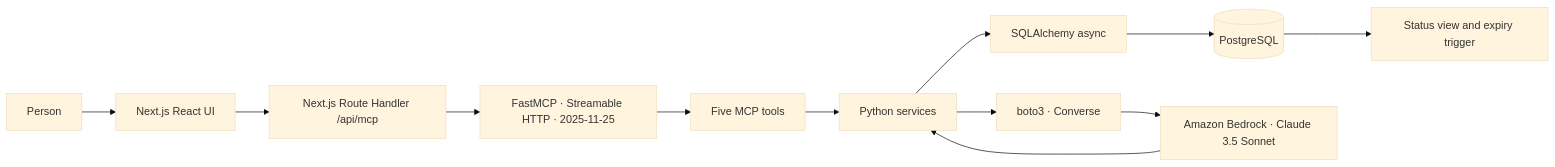
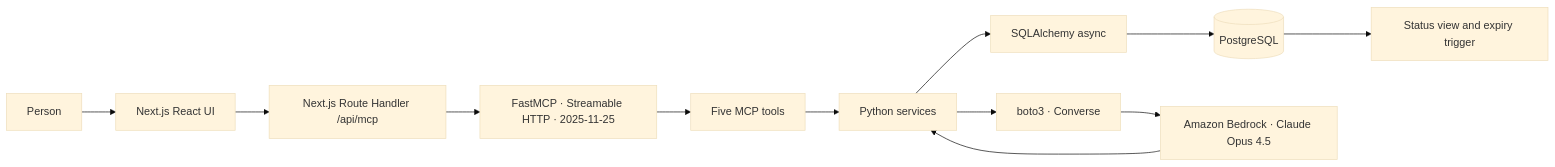
Before and after one commit to OsvaldoOsornio/Alexa-MCP-Grocery-control: the diagram in README.md, drawn with Mermaid (base theme). The commit also changed other lines of this file and 2 other files, not shown here.

First line of the commit message:
fix: the default Bedrock model was end-of-life and unusable

````diff
--- a/README.md
+++ b/README.md
@@ -44,14 +44,14 @@
 ```mermaid
 flowchart LR
 	U[Person] --> UI[Next.js React UI]
 	UI --> RP[Next.js Route Handler /api/mcp]
 	RP --> MCP[FastMCP · Streamable HTTP · 2025-11-25]
 	MCP --> TOOLS[Five MCP tools]
 	TOOLS --> SVC[Python services]
 	SVC --> ORM[SQLAlchemy async]
 	ORM --> PG[(PostgreSQL)]
 	PG --> TR[Status view and expiry trigger]
 	SVC --> BOTO[boto3 · Converse]
-	BOTO --> BEDROCK[Amazon Bedrock · Claude 3.5 Sonnet]
+	BOTO --> BEDROCK[Amazon Bedrock · Claude Opus 4.5]
 	BEDROCK --> SVC
 ```
````
